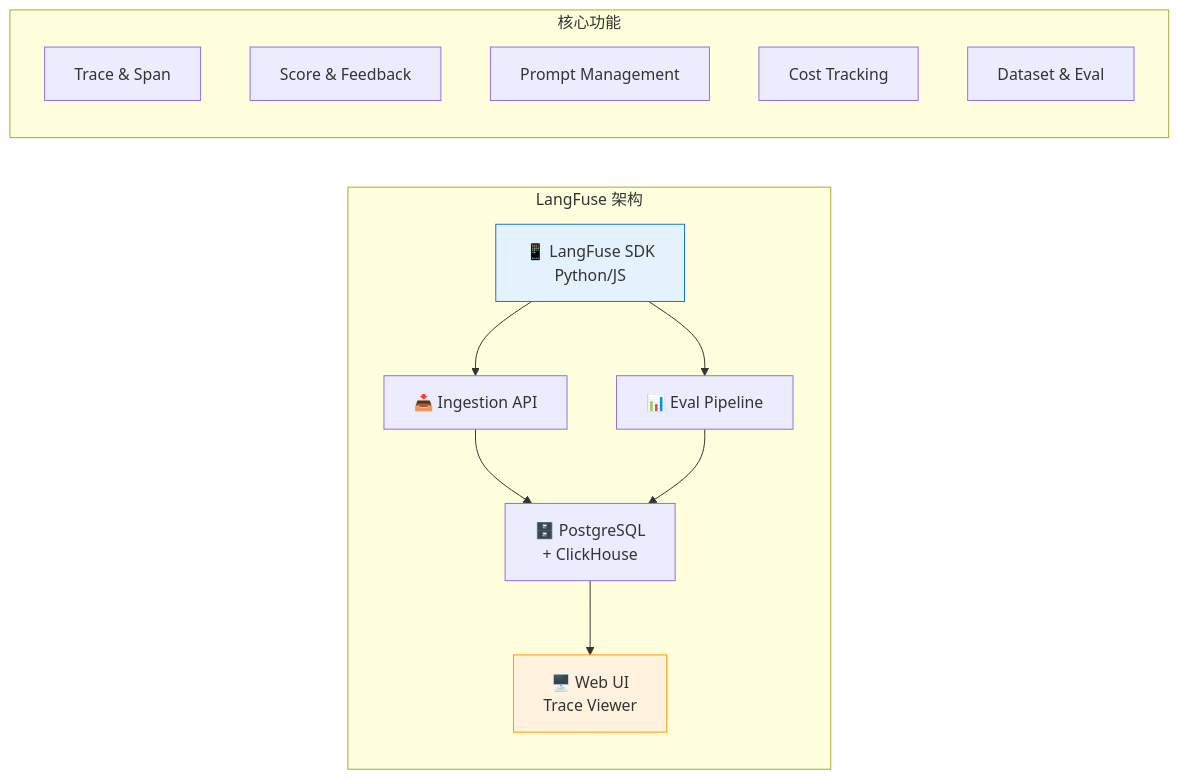
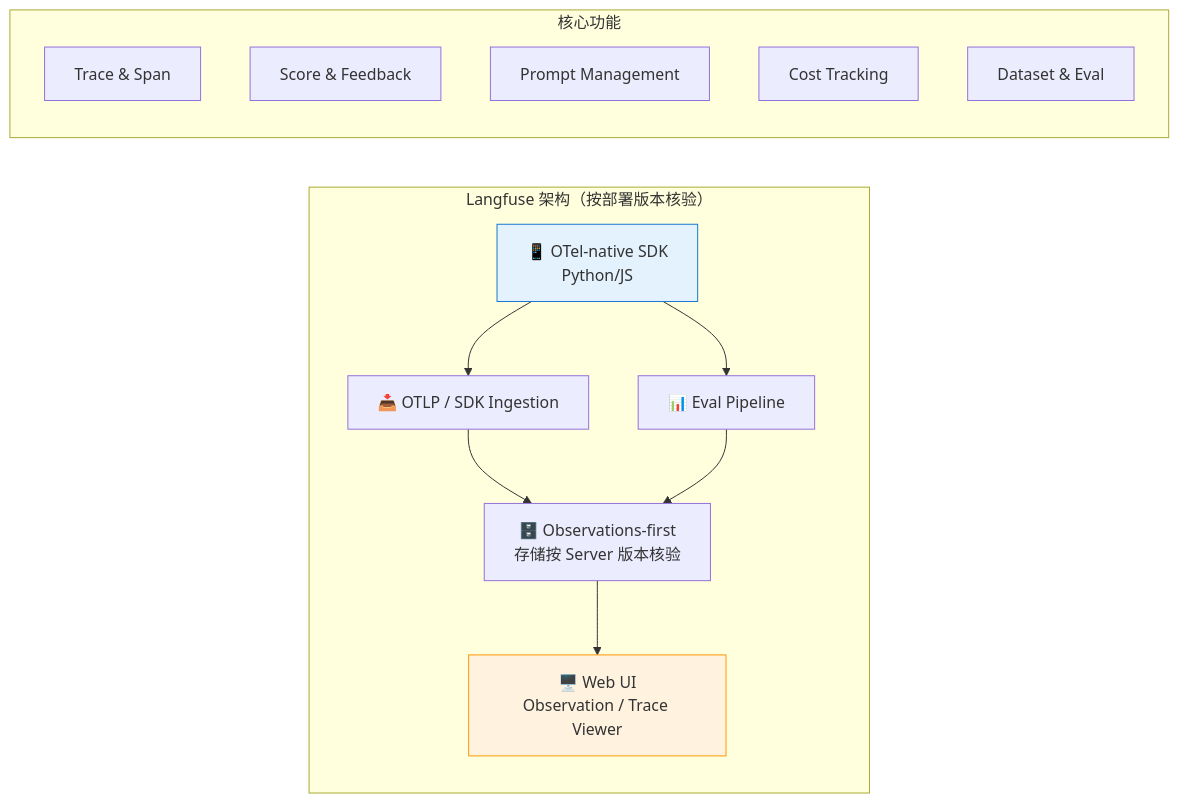
Before and after one commit to BeefWrap4/LLM-Knowledge-Base: the fifth of 11 diagrams in 20_LLMOps与模型可观测性.md, drawn with Mermaid. The commit also changed other lines of this file and 454 other files, not shown here.

````diff
--- a/20_LLMOps与模型可观测性.md
+++ b/20_LLMOps与模型可观测性.md
@@ -601,21 +477,21 @@
 ```mermaid
 graph LR
-    subgraph "LangFuse 架构"
-        SDK["📱 LangFuse SDK<br/>Python/JS"] --> ING["📥 Ingestion API"]
-        ING --> DB["🗄️ PostgreSQL<br/>+ ClickHouse"]
-        DB --> UI["🖥️ Web UI<br/>Trace Viewer"]
+    subgraph "Langfuse 架构（按部署版本核验）"
+        SDK["📱 OTel-native SDK<br/>Python/JS"] --> ING["📥 OTLP / SDK Ingestion"]
+        ING --> DB["🗄️ Observations-first<br/>存储按 Server 版本核验"]
+        DB --> UI["🖥️ Web UI<br/>Observation / Trace Viewer"]
         SDK --> EVAL["📊 Eval Pipeline"]
         EVAL --> DB
     end
     
     subgraph "核心功能"
         TRACE["Trace & Span"]
         SCORE["Score & Feedback"]
         PROMPT["Prompt Management"]
         COST["Cost Tracking"]
         DATASET["Dataset & Eval"]
     end
     
     style SDK fill:#e3f2fd,stroke:#1976d2
     style UI fill:#fff3e0,stroke:#ff9800
 ```
````
